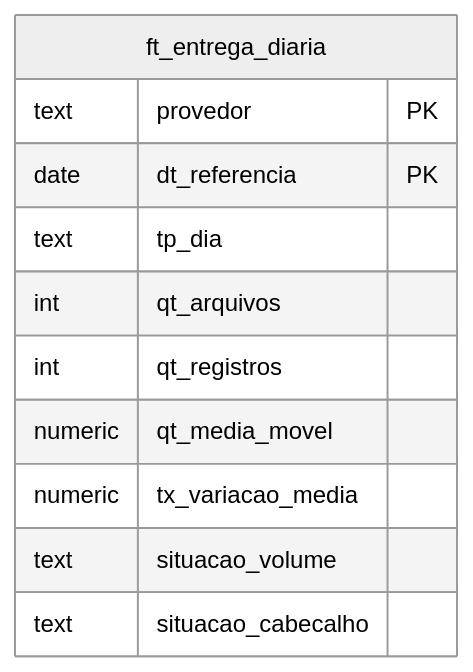
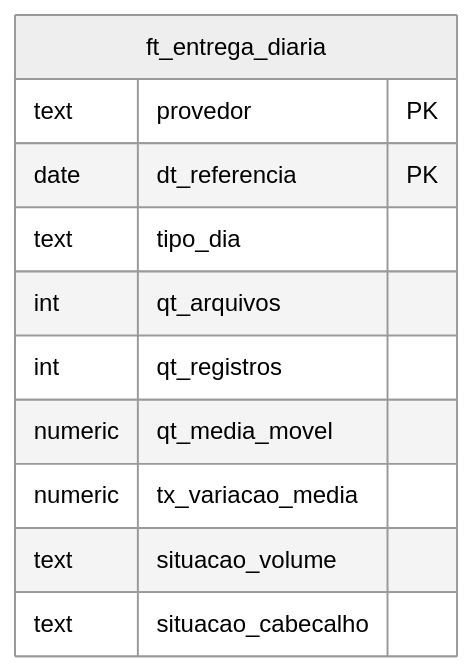
One commit to Sebastian6-6/collections-contact-risk changed the second of 5 diagrams in docs/erd.md. Above: the diagram before and after it, drawn with Mermaid (neutral theme). The commit also changed 4 other files, not shown here.

First line of the commit message:
fix: renomeia tp_dia para tipo_dia na ft_entrega_diaria

````diff
--- a/docs/erd.md
+++ b/docs/erd.md
@@ -88,14 +88,14 @@
 ```mermaid
 erDiagram
   ft_entrega_diaria {
     text provedor PK
     date dt_referencia PK
-    text tp_dia
+    text tipo_dia
     int qt_arquivos
     int qt_registros
     numeric qt_media_movel
     numeric tx_variacao_media
     text situacao_volume
     text situacao_cabecalho
   }
 ```
````
